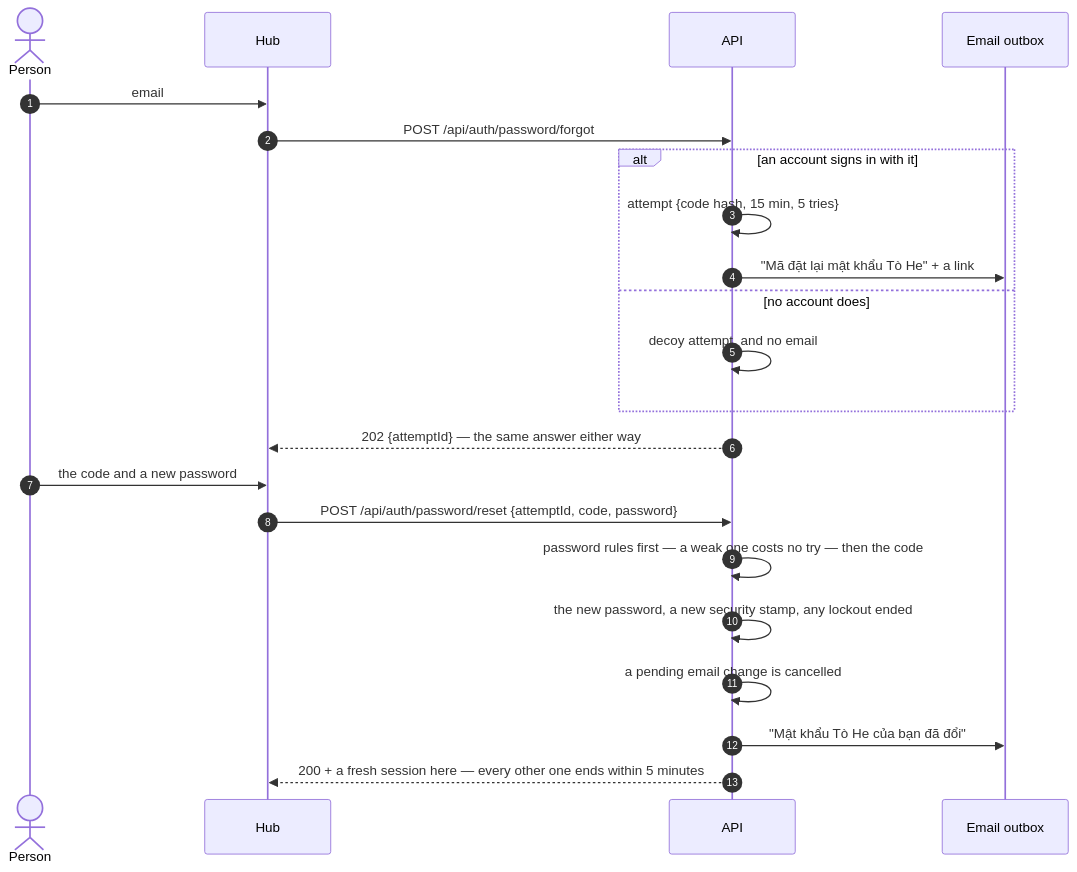
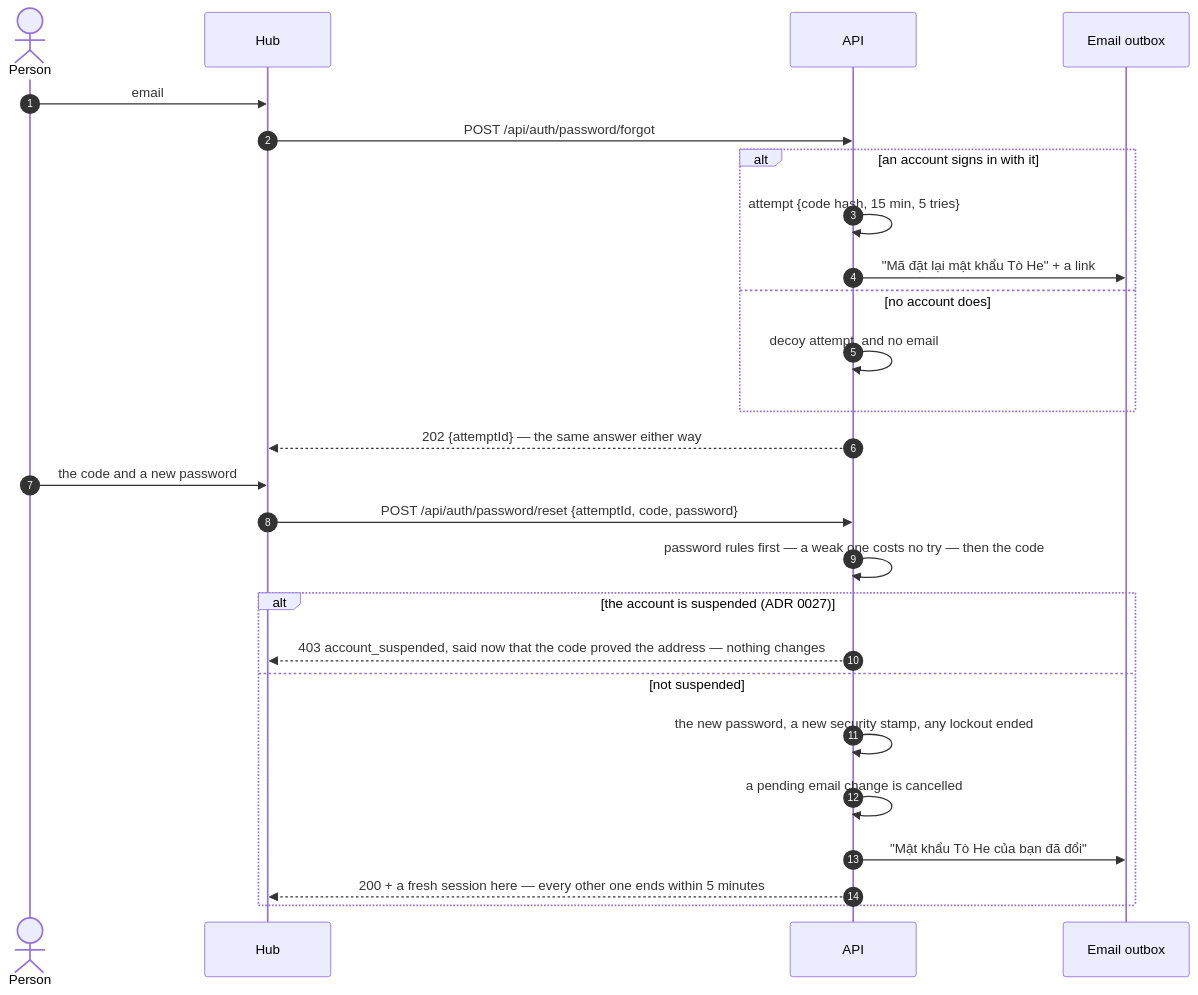
The sixth of 10 diagrams in docs/architecture/identity.md (vinh466/tohe-play), drawn with Mermaid before and after one commit. The commit also changed other lines of this file and 5 other files, not shown here.

First line of the commit message:
fix(identity): no session for a suspended account, by a new password or a renewal

````diff
--- a/docs/architecture/identity.md
+++ b/docs/architecture/identity.md
@@ -239,24 +239,28 @@
 ```mermaid
 sequenceDiagram
   autonumber
   actor U as Person
   participant H as Hub
   participant A as API
   participant M as Email outbox
   U->>H: email
   H->>A: POST /api/auth/password/forgot
   alt an account signs in with it
     A->>A: attempt {code hash, 15 min, 5 tries}
     A->>M: "Mã đặt lại mật khẩu Tò He" + a link
   else no account does
     A->>A: decoy attempt, and no email
   end
   A-->>H: 202 {attemptId} — the same answer either way
   U->>H: the code and a new password
   H->>A: POST /api/auth/password/reset {attemptId, code, password}
   A->>A: password rules first — a weak one costs no try — then the code
-  A->>A: the new password, a new security stamp, any lockout ended
-  A->>A: a pending email change is cancelled
-  A->>M: "Mật khẩu Tò He của bạn đã đổi"
-  A-->>H: 200 + a fresh session here — every other one ends within 5 minutes
+  alt the account is suspended (ADR 0027)
+    A-->>H: 403 account_suspended, said now that the code proved the address — nothing changes
+  else not suspended
+    A->>A: the new password, a new security stamp, any lockout ended
+    A->>A: a pending email change is cancelled
+    A->>M: "Mật khẩu Tò He của bạn đã đổi"
+    A-->>H: 200 + a fresh session here — every other one ends within 5 minutes
+  end
 ```
````
